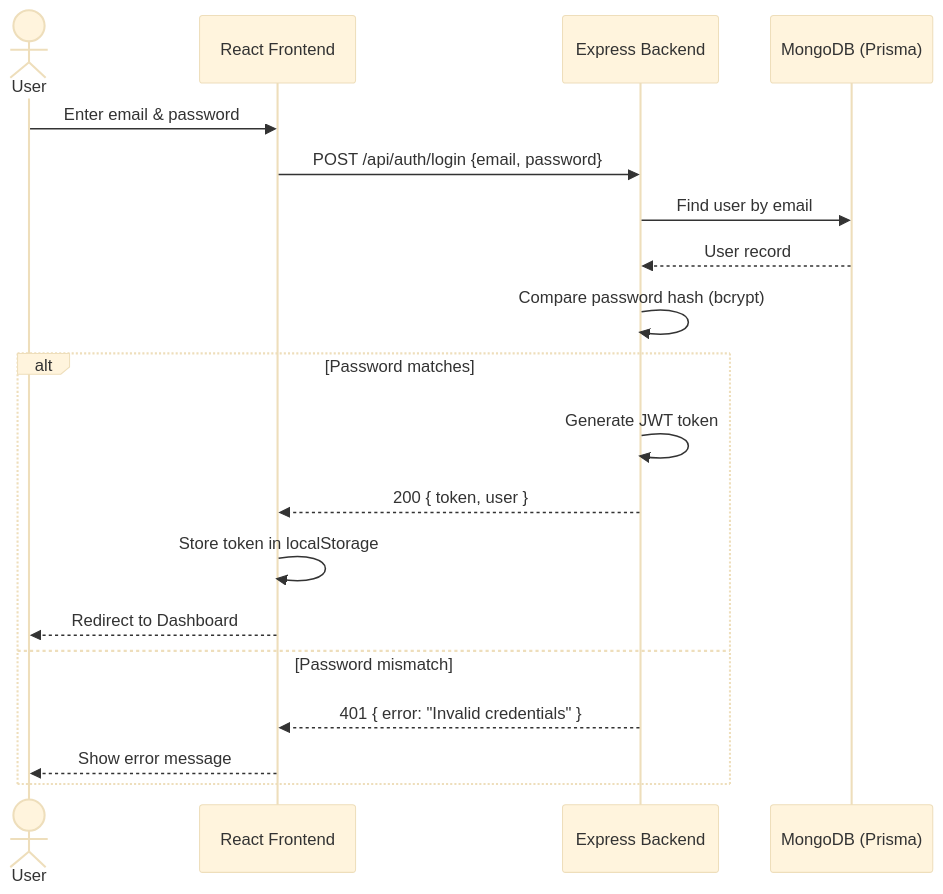
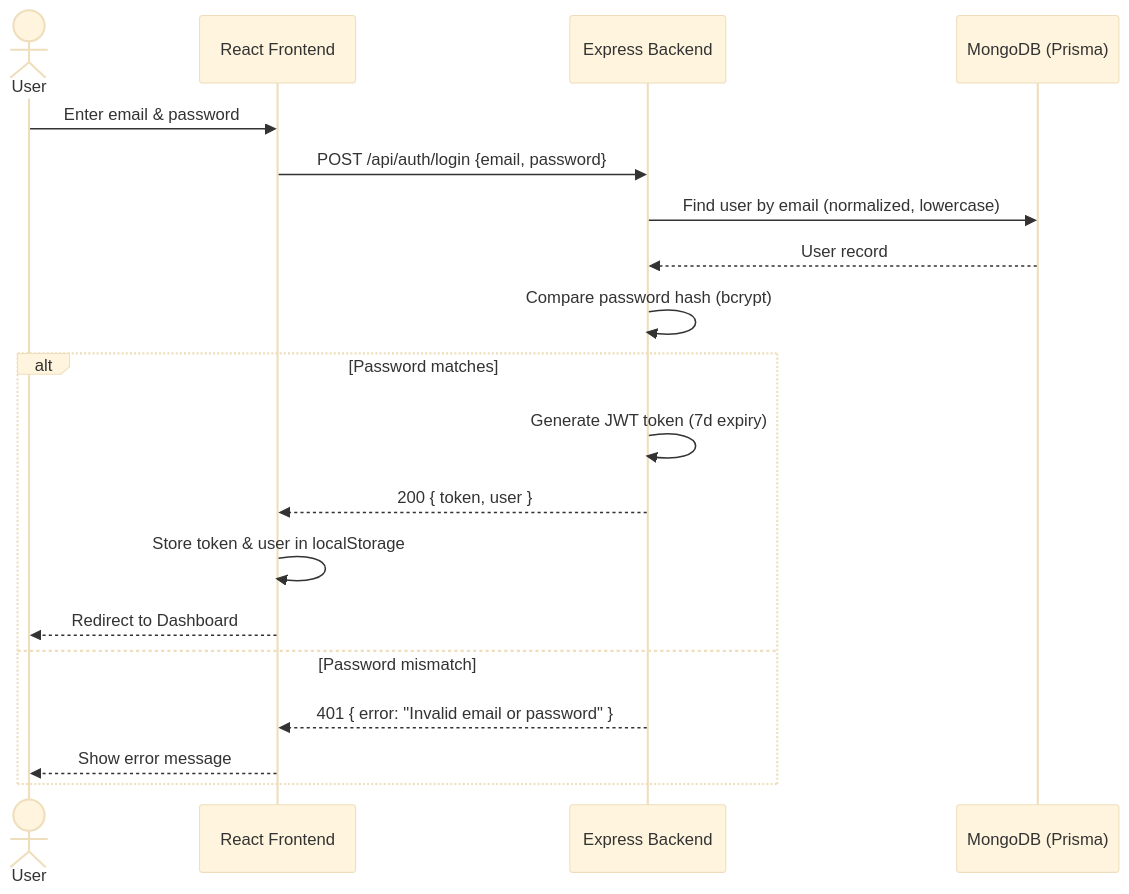
One commit to codervipul775/Safar changed the second of 10 diagrams in sequenceDiagram.md. Above: the diagram before and after it, drawn with Mermaid (base theme). The commit also changed other lines of this file and 3 other files, not shown here.

Commit message:
docs: update sequence diagrams to reflect authentication, file management, and synchronization workflows

````diff
--- a/sequenceDiagram.md
+++ b/sequenceDiagram.md
@@ -29,22 +31,22 @@
 ```mermaid
 sequenceDiagram
     actor User
     participant UI as React Frontend
     participant API as Express Backend
     participant DB as MongoDB (Prisma)
 
     User->>UI: Enter email & password
     UI->>API: POST /api/auth/login {email, password}
-    API->>DB: Find user by email
+    API->>DB: Find user by email (normalized, lowercase)
     DB-->>API: User record
     API->>API: Compare password hash (bcrypt)
     alt Password matches
-        API->>API: Generate JWT token
+        API->>API: Generate JWT token (7d expiry)
         API-->>UI: 200 { token, user }
-        UI->>UI: Store token in localStorage
+        UI->>UI: Store token & user in localStorage
         UI-->>User: Redirect to Dashboard
     else Password mismatch
-        API-->>UI: 401 { error: "Invalid credentials" }
+        API-->>UI: 401 { error: "Invalid email or password" }
         UI-->>User: Show error message
     end
 ```
````
